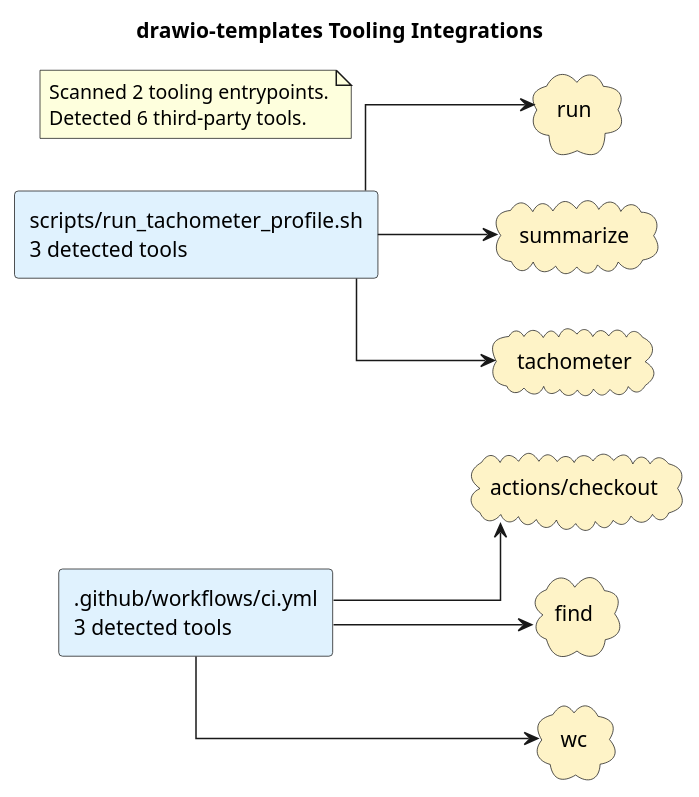
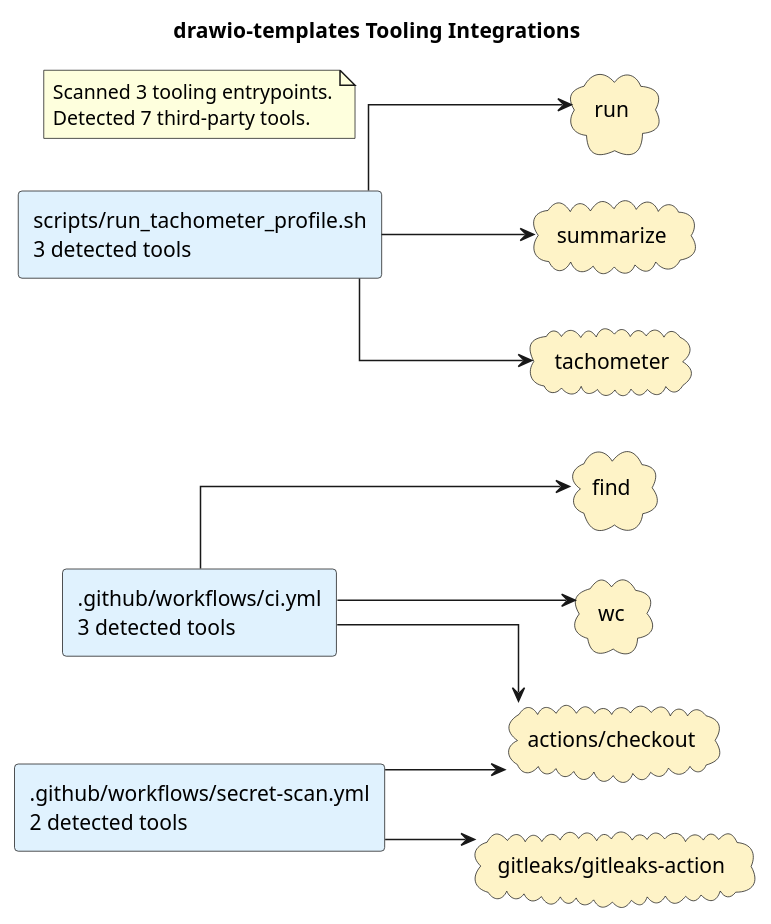
The diagram in docs/diagrams/tooling-integrations.puml (casonk/drawio-templates), drawn with PlantUML before and after one commit. The commit also changed 3 other files, not shown here.

First line of the commit message:
docs: refresh diagrams; ci: exclude baseline from workspace-path scan

```diff
--- a/docs/diagrams/tooling-integrations.puml
+++ b/docs/diagrams/tooling-integrations.puml
@@ -1,26 +1,30 @@
 @startuml
 title drawio-templates Tooling Integrations
 left to right direction
 skinparam shadowing false
 skinparam defaultFontName Monospace
 skinparam componentStyle rectangle
 skinparam linetype ortho
 rectangle ".github/workflows/ci.yml\n3 detected tools" as source_github_workflows_ci_yml #E0F2FE
+rectangle ".github/workflows/secret-scan.yml\n2 detected tools" as source_github_workflows_secret_scan_yml #E0F2FE
 rectangle "scripts/run_tachometer_profile.sh\n3 detected tools" as source_scripts_run_tachometer_profile_sh #E0F2FE
 cloud "actions/checkout" as tool_actions_checkout #FEF3C7
 cloud "find" as tool_find #FEF3C7
+cloud "gitleaks/gitleaks-action" as tool_gitleaks_gitleaks_action #FEF3C7
 cloud "run" as tool_run #FEF3C7
 cloud "summarize" as tool_summarize #FEF3C7
 cloud "tachometer" as tool_tachometer #FEF3C7
 cloud "wc" as tool_wc #FEF3C7
 source_github_workflows_ci_yml --> tool_actions_checkout
 source_github_workflows_ci_yml --> tool_find
 source_github_workflows_ci_yml --> tool_wc
+source_github_workflows_secret_scan_yml --> tool_actions_checkout
+source_github_workflows_secret_scan_yml --> tool_gitleaks_gitleaks_action
 source_scripts_run_tachometer_profile_sh --> tool_run
 source_scripts_run_tachometer_profile_sh --> tool_summarize
 source_scripts_run_tachometer_profile_sh --> tool_tachometer
 note as toolingGraphSummary
-Scanned 2 tooling entrypoints.
-Detected 6 third-party tools.
+Scanned 3 tooling entrypoints.
+Detected 7 third-party tools.
 end note
 @enduml
```
